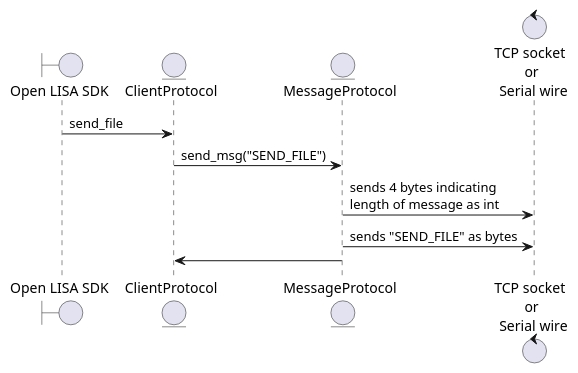
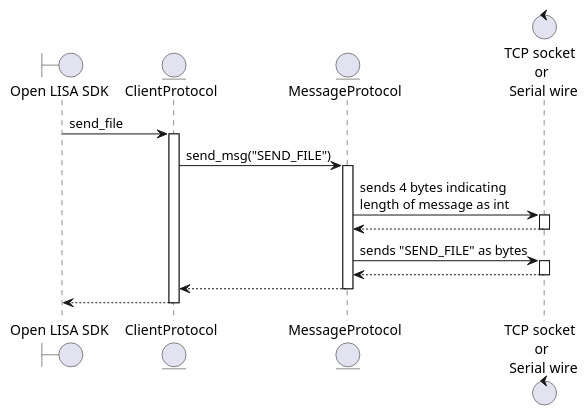
The diagram in diagrams/sequence_diagram_what_is_a_message.puml (aalvarezwindey/electronic_instrument_adapter_sdk), drawn with PlantUML before and after one commit. The commit also changed 4 other files, not shown here.

```diff
--- a/diagrams/sequence_diagram_what_is_a_message.puml
+++ b/diagrams/sequence_diagram_what_is_a_message.puml
@@ -1,13 +1,24 @@
 @startuml
 
 boundary "Open LISA SDK" as SDK
 entity "ClientProtocol" as CP
 entity "MessageProtocol" as MP
 control "TCP socket \n or \n Serial wire" as CHANNEL
 
 SDK -> CP : send_file
+activate CP
 CP -> MP : send_msg("SEND_FILE")
+activate MP
 MP -> CHANNEL : sends 4 bytes indicating \nlength of message as int
+activate CHANNEL
+MP <-- CHANNEL
+deactivate CHANNEL
 MP -> CHANNEL : sends "SEND_FILE" as bytes
-CP <- MP
+activate CHANNEL
+MP <-- CHANNEL
+deactivate CHANNEL
+CP <-- MP
+deactivate MP
+SDK <-- CP
+deactivate CP
 @enduml
```
